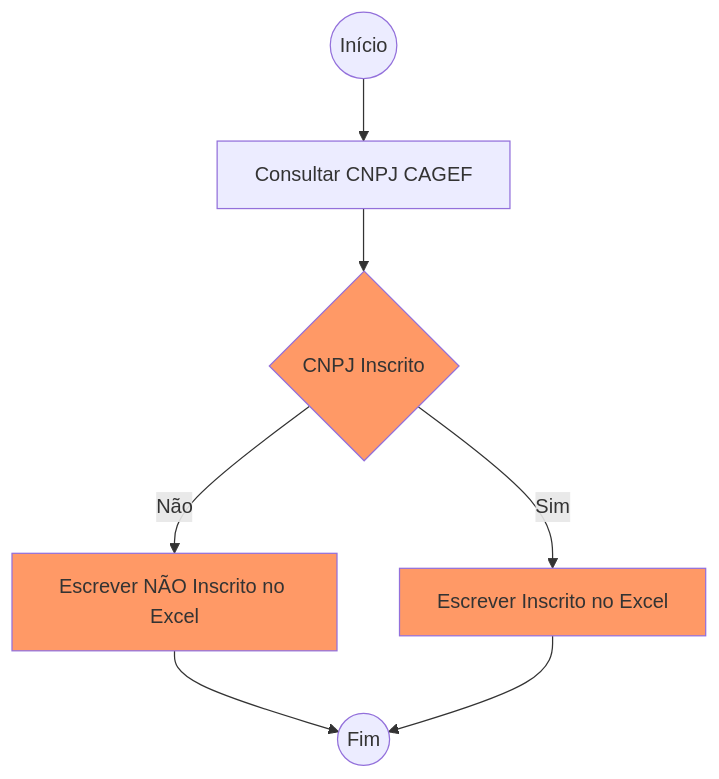
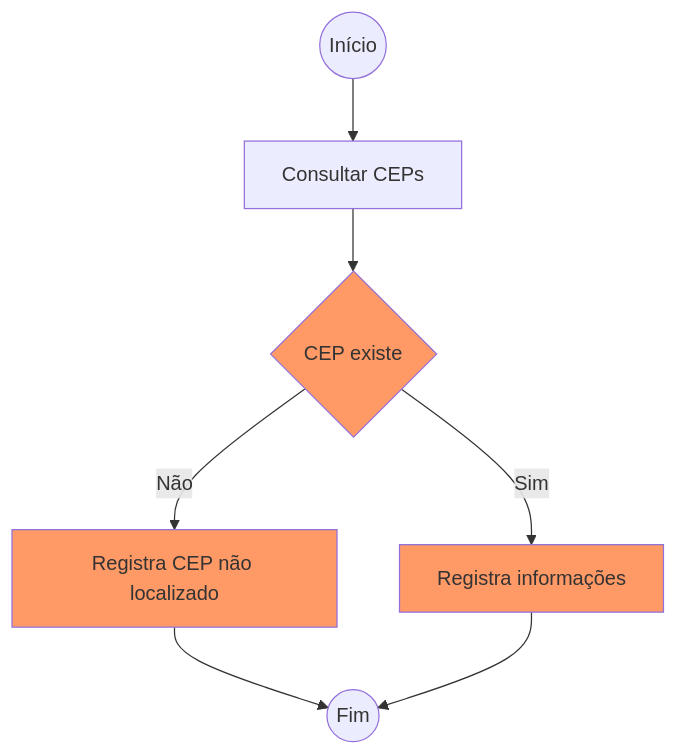
The second of 4 diagrams in docs/blog/posts/20240920_construa_seu_primeiro_fluxo_power_automate_do_zero.md (meadapt/meadapt.com), drawn with Mermaid before and after one commit. The commit also changed other lines of this file, not shown here.

````diff
--- a/docs/blog/posts/20240920_construa_seu_primeiro_fluxo_power_automate_do_zero.md
+++ b/docs/blog/posts/20240920_construa_seu_primeiro_fluxo_power_automate_do_zero.md
@@ -127,15 +144,15 @@
-```mermaid
-flowchart TD
-    1((Início)) --> 2
-    2[Consultar CNPJ CAGEF] --> 3
-    3:::conditions
-    3{CNPJ Inscrito}
-    3-->|Não|4
-    3-->|Sim|5
-    4:::conditions
-    4[Escrever NÃO Inscrito no Excel] --> 6
-    5:::conditions
-    5[Escrever Inscrito no Excel] --> 6
-    6((Fim))
-    classDef conditions fill:#f96
-```
+    ```mermaid
+    flowchart TD
+        1((Início)) --> 2
+        2[Consultar CEPs] --> 3
+        3:::conditions
+        3{CEP existe}
+        3-->|Não|4
+        3-->|Sim|5
+        4:::conditions
+        4[Registra CEP não localizado] --> 6
+        5:::conditions
+        5[Registra informações] --> 6
+        6((Fim))
+        classDef conditions fill:#f96
+    ```
````
